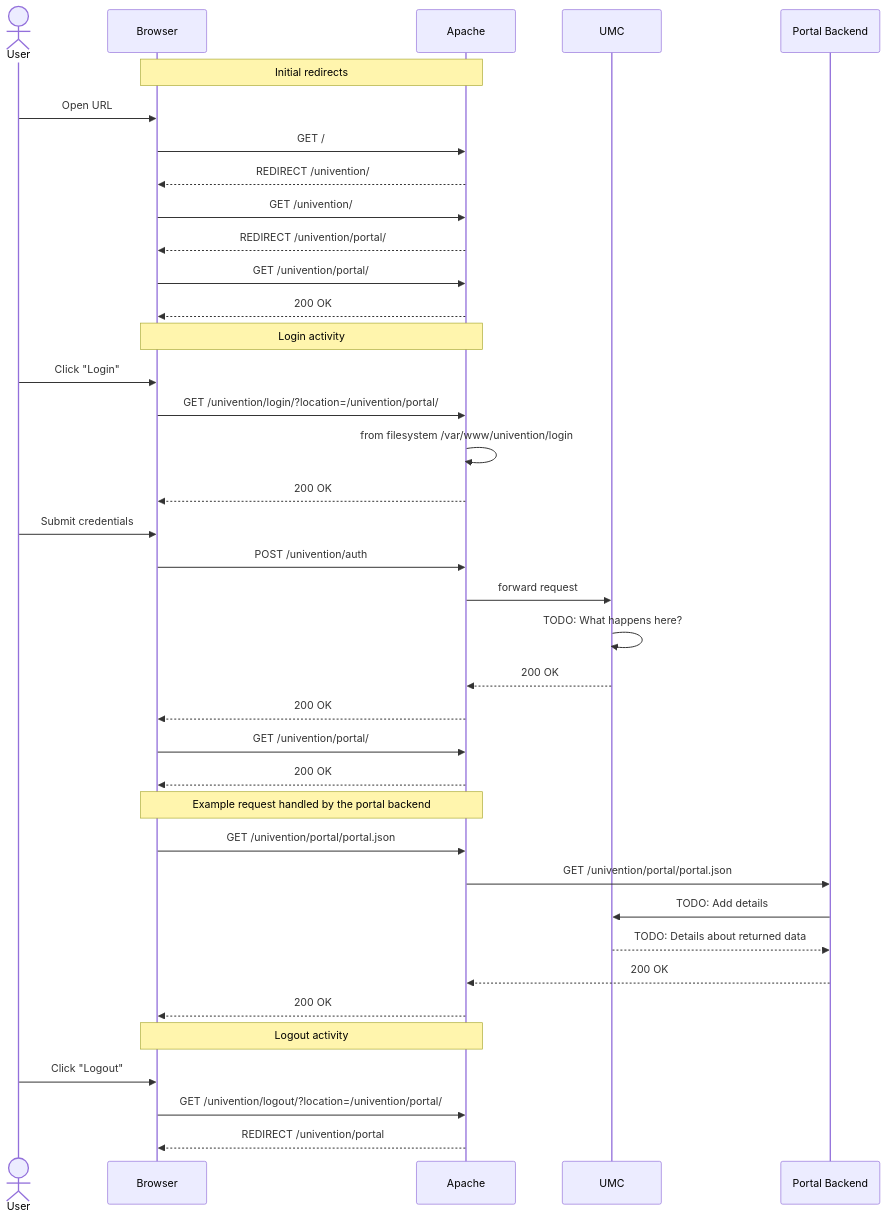
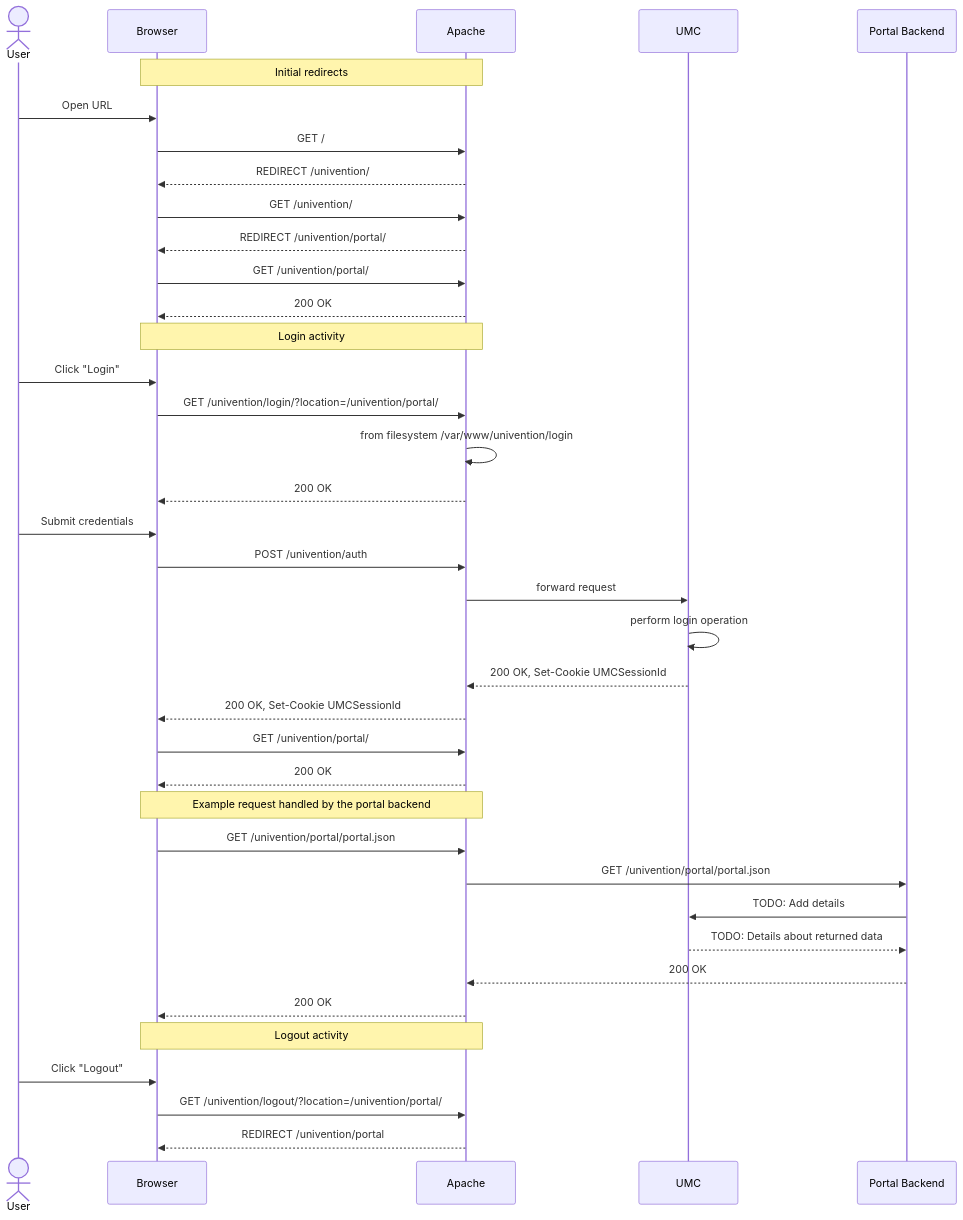
One commit to univention/univention-portal changed the second of 2 diagrams in docs/containerization/auth.md. Above: the diagram before and after it, drawn with Mermaid.

Commit message:
Add detail about UMC session cookie

````diff
--- a/docs/containerization/auth.md
+++ b/docs/containerization/auth.md
@@ -36,50 +36,50 @@
 ```mermaid
 
 sequenceDiagram
 
     actor User
 
     Note over Browser,Apache: Initial redirects
 
     User ->> Browser: Open URL
     Browser ->> Apache: GET /
     Apache -->> Browser: REDIRECT /univention/
     Browser ->> Apache: GET /univention/
     Apache -->> Browser: REDIRECT /univention/portal/
     Browser ->> Apache: GET /univention/portal/
     Apache -->> Browser: 200 OK
 
     Note over Browser,Apache: Login activity
 
     User ->> Browser: Click "Login"
     Browser ->> Apache: GET /univention/login/?location=/univention/portal/
     Apache ->> Apache: from filesystem /var/www/univention/login
     Apache -->> Browser: 200 OK
 
     User ->> Browser: Submit credentials
     Browser ->> Apache: POST /univention/auth
     Apache ->> UMC: forward request
-    UMC ->> UMC: TODO: What happens here?
-    UMC -->> Apache: 200 OK
-    Apache -->> Browser: 200 OK
+    UMC ->> UMC: perform login operation
+    UMC -->> Apache: 200 OK, Set-Cookie UMCSessionId
+    Apache -->> Browser: 200 OK, Set-Cookie UMCSessionId
 
     Browser ->> Apache: GET /univention/portal/
     Apache -->> Browser: 200 OK
 
     Note over Browser,Apache: Example request handled by the portal backend
 
     Browser ->> Apache: GET /univention/portal/portal.json
     Apache ->> Portal Backend: GET /univention/portal/portal.json
 
     Portal Backend ->> UMC: TODO: Add details
     UMC -->> Portal Backend: TODO: Details about returned data
 
     Portal Backend -->> Apache: 200 OK
     Apache -->> Browser: 200 OK
 
     Note over Browser,Apache: Logout activity
 
     User ->> Browser: Click "Logout"
     Browser ->> Apache: GET /univention/logout/?location=/univention/portal/
     Apache -->> Browser: REDIRECT /univention/portal
 ```
````
